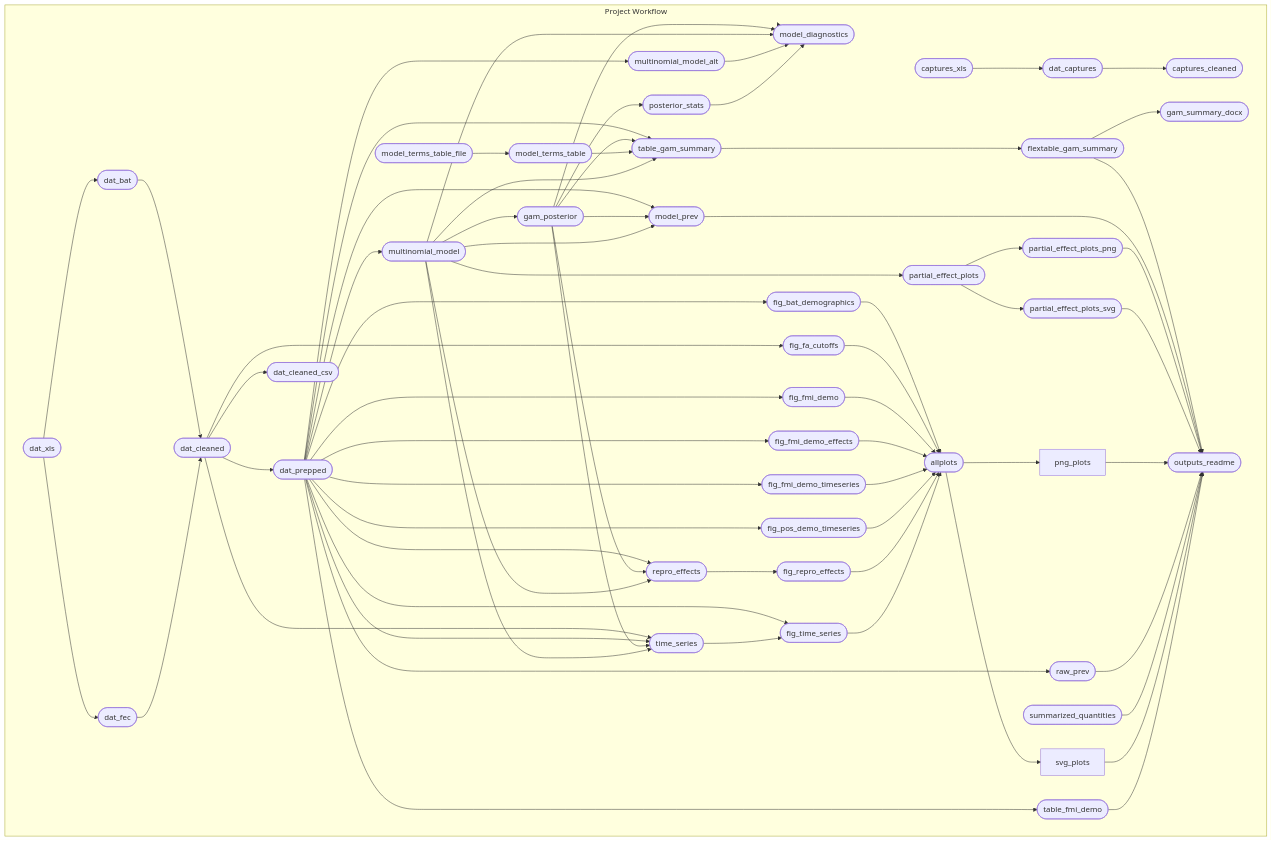
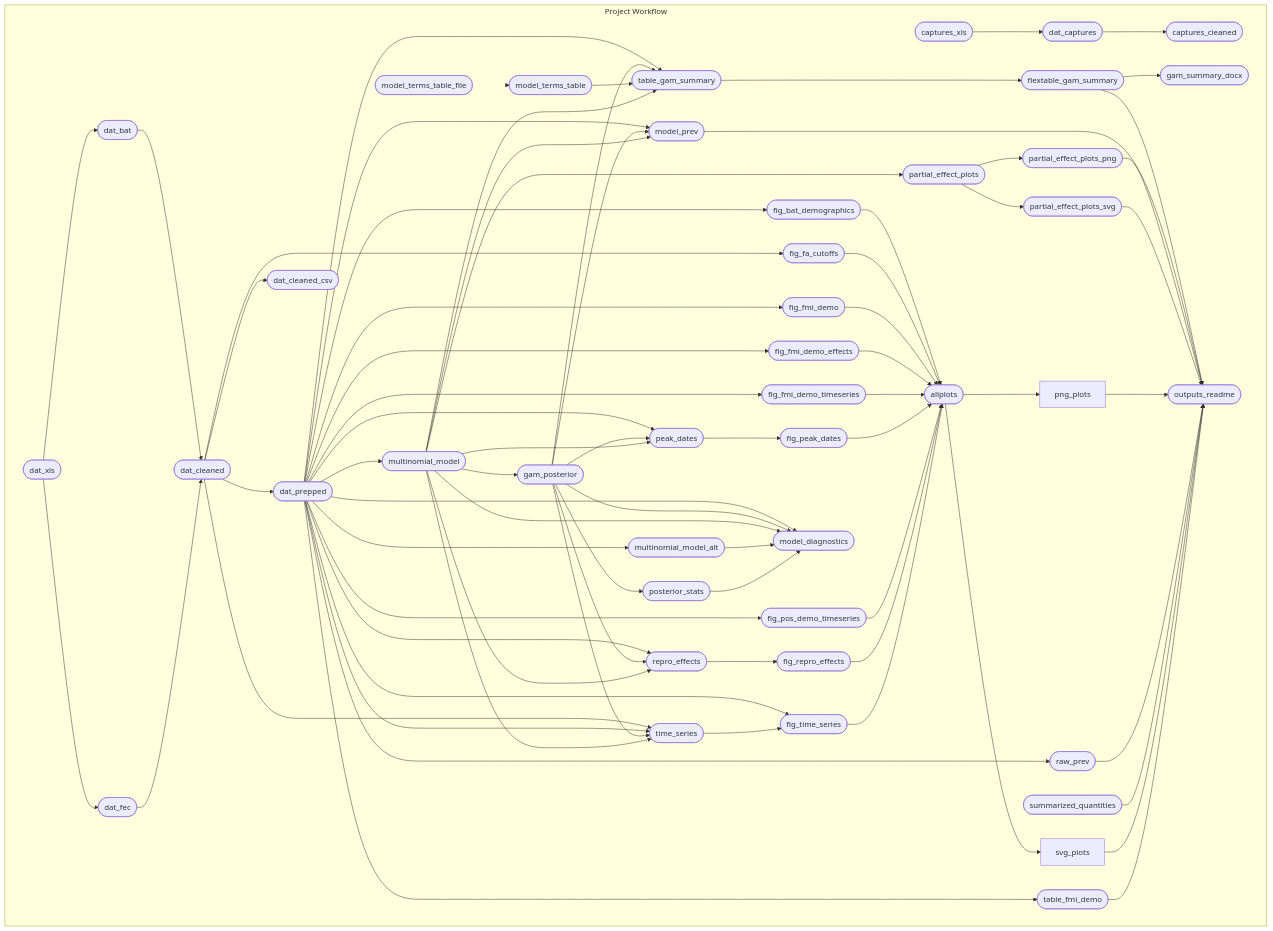
One commit to ecohealthalliance/sabrenet-rousettus-dynamics changed the diagram in README.md. Above: the diagram before and after it, drawn with Mermaid. The commit also changed 6 other files, not shown here.

Commit message:
add peak date calcs and figure

````diff
--- a/README.md
+++ b/README.md
@@ -42,74 +42,79 @@
 ``` mermaid
 graph LR
 subgraph Project Workflow
     direction LR
+    xe2bed16893714ed7(["model_terms_table_file"]):::skipped --> x5ad18f0d36408418(["model_terms_table"]):::skipped
+    xe415b5066c557652(["peak_dates"]):::queued --> x0905a3e9b9cae3b2(["fig_peak_dates"]):::queued
+    x4a5cfaffa1d0e789(["dat_prepped"]):::queued --> x50a3b768b5746682(["fig_pos_demo_timeseries"]):::queued
+    x6cf5d6dc2e05a667(["dat_bat"]):::skipped --> xba784c3a136c631a(["dat_cleaned"]):::queued
+    x733041ef94e8d4a9(["dat_fec"]):::skipped --> xba784c3a136c631a(["dat_cleaned"]):::queued
+    x4a5cfaffa1d0e789(["dat_prepped"]):::queued --> xe3a4a17736576ba6(["fig_time_series"]):::queued
+    xf22c729b71100575(["time_series"]):::queued --> xe3a4a17736576ba6(["fig_time_series"]):::queued
+    x4a5cfaffa1d0e789(["dat_prepped"]):::queued --> x023bc1d70802c4e1(["multinomial_model"]):::queued
+    x4a5cfaffa1d0e789(["dat_prepped"]):::queued --> x90dc8aa96b6ba82f(["repro_effects"]):::queued
+    x89c8b8fe66c39f8c(["gam_posterior"]):::queued --> x90dc8aa96b6ba82f(["repro_effects"]):::queued
+    x023bc1d70802c4e1(["multinomial_model"]):::queued --> x90dc8aa96b6ba82f(["repro_effects"]):::queued
+    x5f01ca798133c2d4(["table_gam_summary"]):::queued --> x2d7bbbb9a4c3fe9d(["flextable_gam_summary"]):::queued
+    x4a5cfaffa1d0e789(["dat_prepped"]):::queued --> xf268c53ef67145e5(["table_fmi_demo"]):::queued
+    x4a5cfaffa1d0e789(["dat_prepped"]):::queued --> x5f01ca798133c2d4(["table_gam_summary"]):::queued
+    x89c8b8fe66c39f8c(["gam_posterior"]):::queued --> x5f01ca798133c2d4(["table_gam_summary"]):::queued
+    x5ad18f0d36408418(["model_terms_table"]):::skipped --> x5f01ca798133c2d4(["table_gam_summary"]):::queued
+    x023bc1d70802c4e1(["multinomial_model"]):::queued --> x5f01ca798133c2d4(["table_gam_summary"]):::queued
+    x798304d337dd8ea1(["allplots"]):::queued --> xbbcceea2cdf8d3f7["svg_plots"]:::queued
+    x4a5cfaffa1d0e789(["dat_prepped"]):::queued --> xe415b5066c557652(["peak_dates"]):::queued
+    x89c8b8fe66c39f8c(["gam_posterior"]):::queued --> xe415b5066c557652(["peak_dates"]):::queued
+    x023bc1d70802c4e1(["multinomial_model"]):::queued --> xe415b5066c557652(["peak_dates"]):::queued
+    xba784c3a136c631a(["dat_cleaned"]):::queued --> x4a5cfaffa1d0e789(["dat_prepped"]):::queued
+    xa8aa782838af3774(["partial_effect_plots"]):::queued --> x62025a0def5a4707(["partial_effect_plots_svg"]):::queued
+    x90dc8aa96b6ba82f(["repro_effects"]):::queued --> x9f1bab82f5a7def2(["fig_repro_effects"]):::queued
+    xe05634441492d438(["dat_captures"]):::skipped --> x370906d20a0ac4c5(["captures_cleaned"]):::queued
+    x4a5cfaffa1d0e789(["dat_prepped"]):::queued --> x26018ab47272d583(["multinomial_model_alt"]):::queued
+    x2d7bbbb9a4c3fe9d(["flextable_gam_summary"]):::queued --> x7998bc630ab92bda(["gam_summary_docx"]):::queued
+    x4a5cfaffa1d0e789(["dat_prepped"]):::queued --> x4ee8fa2dac97ae88(["fig_fmi_demo_effects"]):::queued
+    xa8aa782838af3774(["partial_effect_plots"]):::queued --> x4426e7f0707b13f1(["partial_effect_plots_png"]):::queued
+    x4a5cfaffa1d0e789(["dat_prepped"]):::queued --> x7a7f43da56388c67(["fig_bat_demographics"]):::queued
+    x7a7f43da56388c67(["fig_bat_demographics"]):::queued --> x798304d337dd8ea1(["allplots"]):::queued
+    x90f3a96af7e5a0fc(["fig_fa_cutoffs"]):::queued --> x798304d337dd8ea1(["allplots"]):::queued
+    x23873f9d63594e23(["fig_fmi_demo"]):::queued --> x798304d337dd8ea1(["allplots"]):::queued
+    x4ee8fa2dac97ae88(["fig_fmi_demo_effects"]):::queued --> x798304d337dd8ea1(["allplots"]):::queued
+    x80ade130098abb0f(["fig_fmi_demo_timeseries"]):::queued --> x798304d337dd8ea1(["allplots"]):::queued
+    x0905a3e9b9cae3b2(["fig_peak_dates"]):::queued --> x798304d337dd8ea1(["allplots"]):::queued
+    x50a3b768b5746682(["fig_pos_demo_timeseries"]):::queued --> x798304d337dd8ea1(["allplots"]):::queued
+    x9f1bab82f5a7def2(["fig_repro_effects"]):::queued --> x798304d337dd8ea1(["allplots"]):::queued
+    xe3a4a17736576ba6(["fig_time_series"]):::queued --> x798304d337dd8ea1(["allplots"]):::queued
+    x89c8b8fe66c39f8c(["gam_posterior"]):::queued --> x48dd96190e644d8f(["posterior_stats"]):::queued
+    xc2117931d245afce(["dat_xls"]):::skipped --> x6cf5d6dc2e05a667(["dat_bat"]):::skipped
+    xc2117931d245afce(["dat_xls"]):::skipped --> x733041ef94e8d4a9(["dat_fec"]):::skipped
+    x798304d337dd8ea1(["allplots"]):::queued --> x0b04ba823e0b5eec["png_plots"]:::queued
+    xba784c3a136c631a(["dat_cleaned"]):::queued --> x90f3a96af7e5a0fc(["fig_fa_cutoffs"]):::queued
     x4a5cfaffa1d0e789(["dat_prepped"]):::queued --> x1e7dc8900c0252af(["model_diagnostics"]):::queued
     x89c8b8fe66c39f8c(["gam_posterior"]):::queued --> x1e7dc8900c0252af(["model_diagnostics"]):::queued
     x023bc1d70802c4e1(["multinomial_model"]):::queued --> x1e7dc8900c0252af(["model_diagnostics"]):::queued
     x26018ab47272d583(["multinomial_model_alt"]):::queued --> x1e7dc8900c0252af(["model_diagnostics"]):::queued
     x48dd96190e644d8f(["posterior_stats"]):::queued --> x1e7dc8900c0252af(["model_diagnostics"]):::queued
-    x4a5cfaffa1d0e789(["dat_prepped"]):::queued --> x90dc8aa96b6ba82f(["repro_effects"]):::queued
-    x89c8b8fe66c39f8c(["gam_posterior"]):::queued --> x90dc8aa96b6ba82f(["repro_effects"]):::queued
-    x023bc1d70802c4e1(["multinomial_model"]):::queued --> x90dc8aa96b6ba82f(["repro_effects"]):::queued
-    x4a5cfaffa1d0e789(["dat_prepped"]):::queued --> x4ee8fa2dac97ae88(["fig_fmi_demo_effects"]):::queued
-    x4a5cfaffa1d0e789(["dat_prepped"]):::queued --> x023bc1d70802c4e1(["multinomial_model"]):::queued
-    x7a7f43da56388c67(["fig_bat_demographics"]):::queued --> x798304d337dd8ea1(["allplots"]):::queued
-    x90f3a96af7e5a0fc(["fig_fa_cutoffs"]):::queued --> x798304d337dd8ea1(["allplots"]):::queued
-    x23873f9d63594e23(["fig_fmi_demo"]):::queued --> x798304d337dd8ea1(["allplots"]):::queued
-    x4ee8fa2dac97ae88(["fig_fmi_demo_effects"]):::queued --> x798304d337dd8ea1(["allplots"]):::queued
-    x80ade130098abb0f(["fig_fmi_demo_timeseries"]):::queued --> x798304d337dd8ea1(["allplots"]):::queued
-    x50a3b768b5746682(["fig_pos_demo_timeseries"]):::queued --> x798304d337dd8ea1(["allplots"]):::queued
-    x9f1bab82f5a7def2(["fig_repro_effects"]):::queued --> x798304d337dd8ea1(["allplots"]):::queued
-    xe3a4a17736576ba6(["fig_time_series"]):::queued --> x798304d337dd8ea1(["allplots"]):::queued
-    x4a5cfaffa1d0e789(["dat_prepped"]):::queued --> x67d4d2e6dfa8bf90(["model_prev"]):::queued
-    x89c8b8fe66c39f8c(["gam_posterior"]):::queued --> x67d4d2e6dfa8bf90(["model_prev"]):::queued
-    x023bc1d70802c4e1(["multinomial_model"]):::queued --> x67d4d2e6dfa8bf90(["model_prev"]):::queued
-    xc2117931d245afce(["dat_xls"]):::skipped --> x6cf5d6dc2e05a667(["dat_bat"]):::queued
-    xba784c3a136c631a(["dat_cleaned"]):::queued --> x90f3a96af7e5a0fc(["fig_fa_cutoffs"]):::queued
-    x023bc1d70802c4e1(["multinomial_model"]):::queued --> xa8aa782838af3774(["partial_effect_plots"]):::queued
-    xa8aa782838af3774(["partial_effect_plots"]):::queued --> x4426e7f0707b13f1(["partial_effect_plots_png"]):::queued
-    xb354ea9be719f8bb(["captures_xls"]):::skipped --> xe05634441492d438(["dat_captures"]):::queued
-    x4a5cfaffa1d0e789(["dat_prepped"]):::queued --> x5f01ca798133c2d4(["table_gam_summary"]):::queued
-    x89c8b8fe66c39f8c(["gam_posterior"]):::queued --> x5f01ca798133c2d4(["table_gam_summary"]):::queued
-    x5ad18f0d36408418(["model_terms_table"]):::queued --> x5f01ca798133c2d4(["table_gam_summary"]):::queued
-    x023bc1d70802c4e1(["multinomial_model"]):::queued --> x5f01ca798133c2d4(["table_gam_summary"]):::queued
+    x4a5cfaffa1d0e789(["dat_prepped"]):::queued --> x80ade130098abb0f(["fig_fmi_demo_timeseries"]):::queued
     x4a5cfaffa1d0e789(["dat_prepped"]):::queued --> xdf15caacba83d075(["raw_prev"]):::queued
-    x4a5cfaffa1d0e789(["dat_prepped"]):::queued --> x50a3b768b5746682(["fig_pos_demo_timeseries"]):::queued
-    x6cf5d6dc2e05a667(["dat_bat"]):::queued --> xba784c3a136c631a(["dat_cleaned"]):::queued
-    x733041ef94e8d4a9(["dat_fec"]):::queued --> xba784c3a136c631a(["dat_cleaned"]):::queued
-    x89c8b8fe66c39f8c(["gam_posterior"]):::queued --> x48dd96190e644d8f(["posterior_stats"]):::queued
-    x4a5cfaffa1d0e789(["dat_prepped"]):::queued --> x7a7f43da56388c67(["fig_bat_demographics"]):::queued
-    xe2bed16893714ed7(["model_terms_table_file"]):::skipped --> x5ad18f0d36408418(["model_terms_table"]):::queued
-    x4a5cfaffa1d0e789(["dat_prepped"]):::queued --> x80ade130098abb0f(["fig_fmi_demo_timeseries"]):::queued
-    x5f01ca798133c2d4(["table_gam_summary"]):::queued --> x2d7bbbb9a4c3fe9d(["flextable_gam_summary"]):::queued
-    x4a5cfaffa1d0e789(["dat_prepped"]):::queued --> x23873f9d63594e23(["fig_fmi_demo"]):::queued
-    xba784c3a136c631a(["dat_cleaned"]):::queued --> xdb44d218f76593df(["dat_cleaned_csv"]):::queued
-    xe05634441492d438(["dat_captures"]):::queued --> x370906d20a0ac4c5(["captures_cleaned"]):::queued
-    x023bc1d70802c4e1(["multinomial_model"]):::queued --> x89c8b8fe66c39f8c(["gam_posterior"]):::queued
-    x90dc8aa96b6ba82f(["repro_effects"]):::queued --> x9f1bab82f5a7def2(["fig_repro_effects"]):::queued
-    x4a5cfaffa1d0e789(["dat_prepped"]):::queued --> x26018ab47272d583(["multinomial_model_alt"]):::queued
-    xba784c3a136c631a(["dat_cleaned"]):::queued --> xf22c729b71100575(["time_series"]):::queued
-    x4a5cfaffa1d0e789(["dat_prepped"]):::queued --> xf22c729b71100575(["time_series"]):::queued
-    x89c8b8fe66c39f8c(["gam_posterior"]):::queued --> xf22c729b71100575(["time_series"]):::queued
-    x023bc1d70802c4e1(["multinomial_model"]):::queued --> xf22c729b71100575(["time_series"]):::queued
-    x798304d337dd8ea1(["allplots"]):::queued --> xbbcceea2cdf8d3f7["svg_plots"]:::queued
-    x2d7bbbb9a4c3fe9d(["flextable_gam_summary"]):::queued --> x7998bc630ab92bda(["gam_summary_docx"]):::queued
-    xa8aa782838af3774(["partial_effect_plots"]):::queued --> x62025a0def5a4707(["partial_effect_plots_svg"]):::queued
-    xba784c3a136c631a(["dat_cleaned"]):::queued --> x4a5cfaffa1d0e789(["dat_prepped"]):::queued
-    x4a5cfaffa1d0e789(["dat_prepped"]):::queued --> xf268c53ef67145e5(["table_fmi_demo"]):::queued
     x2d7bbbb9a4c3fe9d(["flextable_gam_summary"]):::queued --> xbda0fd67e19f73bc(["outputs_readme"]):::queued
     x67d4d2e6dfa8bf90(["model_prev"]):::queued --> xbda0fd67e19f73bc(["outputs_readme"]):::queued
     x4426e7f0707b13f1(["partial_effect_plots_png"]):::queued --> xbda0fd67e19f73bc(["outputs_readme"]):::queued
     x62025a0def5a4707(["partial_effect_plots_svg"]):::queued --> xbda0fd67e19f73bc(["outputs_readme"]):::queued
     x0b04ba823e0b5eec["png_plots"]:::queued --> xbda0fd67e19f73bc(["outputs_readme"]):::queued
     xdf15caacba83d075(["raw_prev"]):::queued --> xbda0fd67e19f73bc(["outputs_readme"]):::queued
     x07b56d1fbca21cf3(["summarized_quantities"]):::skipped --> xbda0fd67e19f73bc(["outputs_readme"]):::queued
     xbbcceea2cdf8d3f7["svg_plots"]:::queued --> xbda0fd67e19f73bc(["outputs_readme"]):::queued
     xf268c53ef67145e5(["table_fmi_demo"]):::queued --> xbda0fd67e19f73bc(["outputs_readme"]):::queued
-    xc2117931d245afce(["dat_xls"]):::skipped --> x733041ef94e8d4a9(["dat_fec"]):::queued
-    x4a5cfaffa1d0e789(["dat_prepped"]):::queued --> xe3a4a17736576ba6(["fig_time_series"]):::queued
-    xf22c729b71100575(["time_series"]):::queued --> xe3a4a17736576ba6(["fig_time_series"]):::queued
-    x798304d337dd8ea1(["allplots"]):::queued --> x0b04ba823e0b5eec["png_plots"]:::queued
+    x4a5cfaffa1d0e789(["dat_prepped"]):::queued --> x23873f9d63594e23(["fig_fmi_demo"]):::queued
+    x023bc1d70802c4e1(["multinomial_model"]):::queued --> x89c8b8fe66c39f8c(["gam_posterior"]):::queued
+    x023bc1d70802c4e1(["multinomial_model"]):::queued --> xa8aa782838af3774(["partial_effect_plots"]):::queued
+    xba784c3a136c631a(["dat_cleaned"]):::queued --> xf22c729b71100575(["time_series"]):::queued
+    x4a5cfaffa1d0e789(["dat_prepped"]):::queued --> xf22c729b71100575(["time_series"]):::queued
+    x89c8b8fe66c39f8c(["gam_posterior"]):::queued --> xf22c729b71100575(["time_series"]):::queued
+    x023bc1d70802c4e1(["multinomial_model"]):::queued --> xf22c729b71100575(["time_series"]):::queued
+    xba784c3a136c631a(["dat_cleaned"]):::queued --> xdb44d218f76593df(["dat_cleaned_csv"]):::queued
+    x4a5cfaffa1d0e789(["dat_prepped"]):::queued --> x67d4d2e6dfa8bf90(["model_prev"]):::queued
+    x89c8b8fe66c39f8c(["gam_posterior"]):::queued --> x67d4d2e6dfa8bf90(["model_prev"]):::queued
+    x023bc1d70802c4e1(["multinomial_model"]):::queued --> x67d4d2e6dfa8bf90(["model_prev"]):::queued
+    xb354ea9be719f8bb(["captures_xls"]):::skipped --> xe05634441492d438(["dat_captures"]):::skipped
   end
 linkStyle 0 stroke-width:0px;
 ```
````
